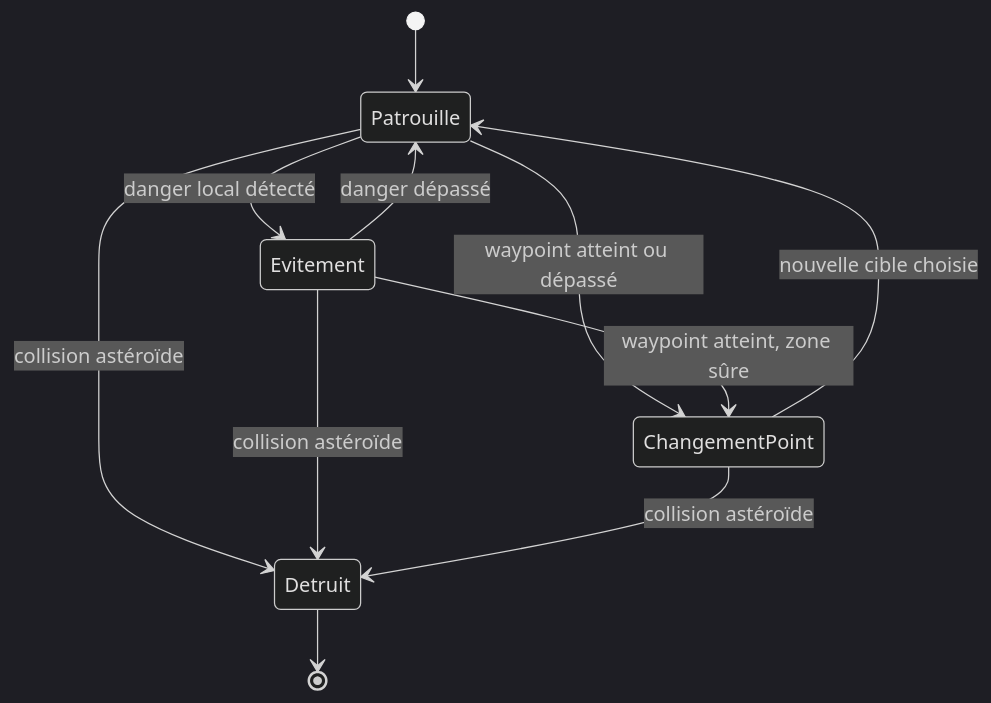
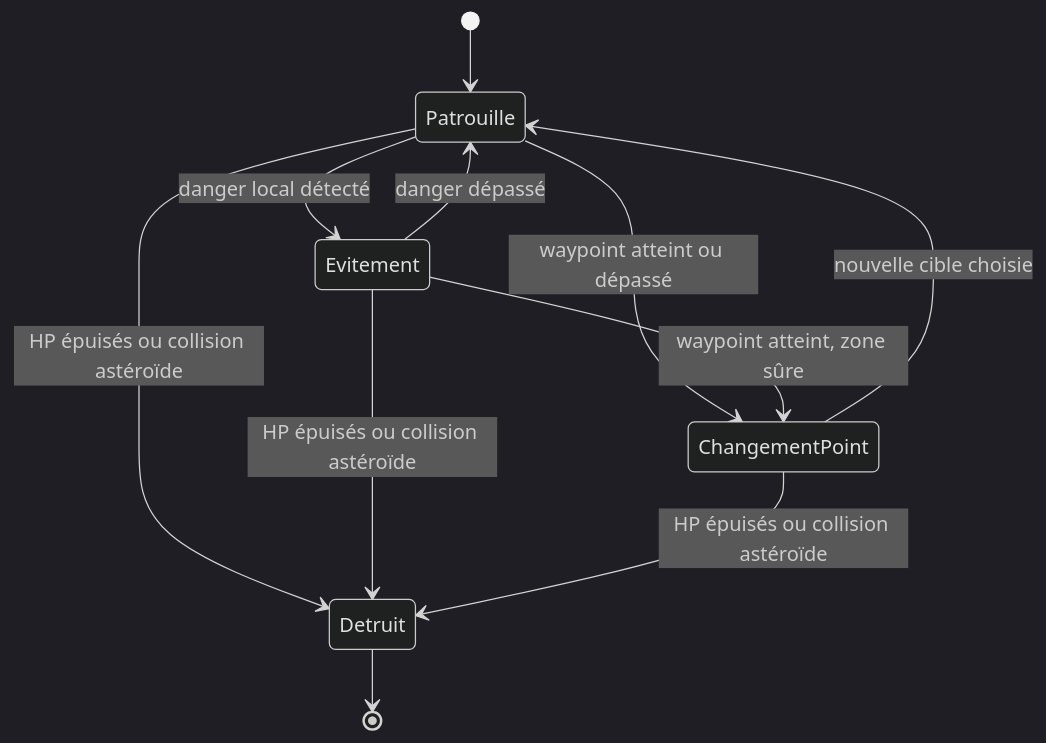
One commit to Hoarau-arnaud/Godot_M2_ILIADE changed the third of 6 diagrams in RAPPORT.md. Above: the diagram before and after it, drawn with Mermaid (dark theme). The commit also changed other lines of this file and 16 other files, not shown here.

````diff
--- a/RAPPORT.md
+++ b/RAPPORT.md
@@ -189,13 +247,13 @@
 ```mermaid
 stateDiagram-v2
     [*] --> Patrouille
     Patrouille --> ChangementPoint : waypoint atteint ou dépassé
     ChangementPoint --> Patrouille : nouvelle cible choisie
     Patrouille --> Evitement : danger local détecté
     Evitement --> Patrouille : danger dépassé
     Evitement --> ChangementPoint : waypoint atteint, zone sûre
-    Patrouille --> Detruit : collision astéroïde
-    Evitement --> Detruit : collision astéroïde
-    ChangementPoint --> Detruit : collision astéroïde
+    Patrouille --> Detruit : HP épuisés ou collision astéroïde
+    Evitement --> Detruit : HP épuisés ou collision astéroïde
+    ChangementPoint --> Detruit : HP épuisés ou collision astéroïde
     Detruit --> [*]
 ```
````
